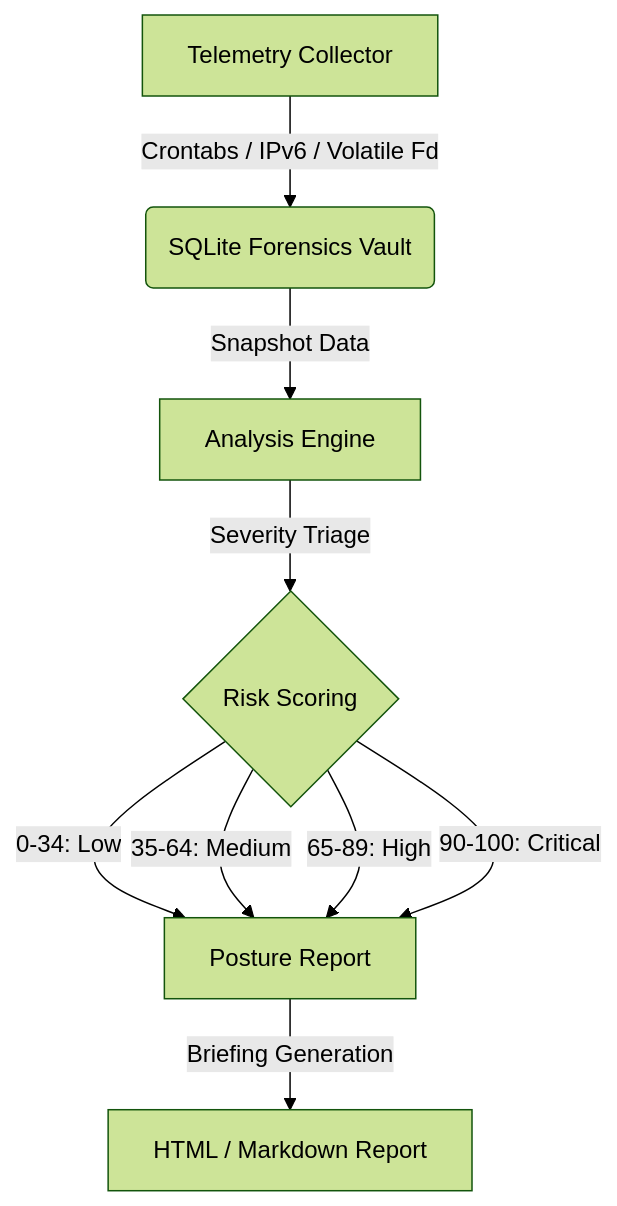
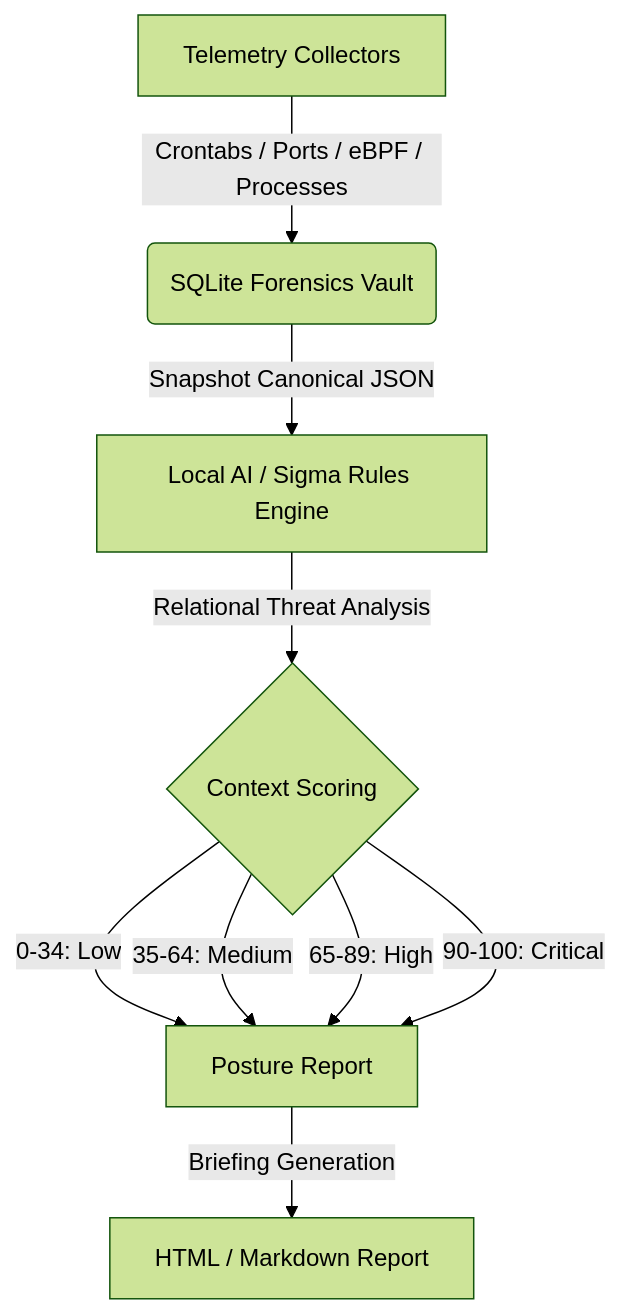
Before and after one commit to jaradat13/orin: the diagram in ROADMAP.md, drawn with Mermaid (forest theme). The commit also changed other lines of this file, not shown here.

Commit message:
docs: update ROADMAP.md to refine feature descriptions and outline next-gen AI-driven forensic capabilities

````diff
--- a/ROADMAP.md
+++ b/ROADMAP.md
@@ -109,11 +92,11 @@
 ```mermaid
 graph TD
-    A[Telemetry Collector] -->|Crontabs / IPv6 / Volatile Fd| B(SQLite Forensics Vault)
-    B -->|Snapshot Data| C[Analysis Engine]
-    C -->|Severity Triage| D{Risk Scoring}
+    A[Telemetry Collectors] -->|Crontabs / Ports / eBPF / Processes| B(SQLite Forensics Vault)
+    B -->|Snapshot Canonical JSON| C[Local AI / Sigma Rules Engine]
+    C -->|Relational Threat Analysis| D{Context Scoring}
     D -->|0-34: Low| E[Posture Report]
     D -->|35-64: Medium| E
     D -->|65-89: High| E
     D -->|90-100: Critical| E
     E -->|Briefing Generation| F[HTML / Markdown Report]
 ```
````
